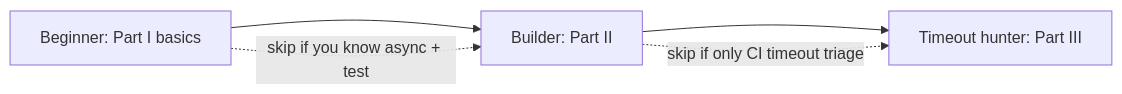
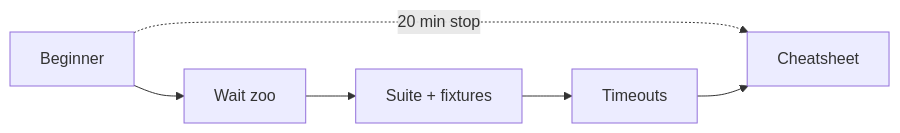
One commit to veeresh-bikkaneti/techtalkwith-veeresh changed the first of 4 diagrams in _posts/2026-07-10-playwright-typescript-beginner-to-timeouts.md. Above: the diagram before and after it, drawn with Mermaid. The commit also changed other lines of this file and 3 other files, not shown here.

First line of the commit message:
Expand Playwright TS guide: TOC, wait zoo, suite story, cheatsheet

````diff
--- a/_posts/2026-07-10-playwright-typescript-beginner-to-timeouts.md
+++ b/_posts/2026-07-10-playwright-typescript-beginner-to-timeouts.md
@@ -29,7 +54,8 @@
 ```mermaid
 flowchart LR
-  B[Beginner: Part I basics] --> M[Builder: Part II]
-  M --> A[Timeout hunter: Part III]
-  B -.->|skip if you know async + test| M
-  M -.->|skip if only CI timeout triage| A
+  B[Beginner] --> W[Wait zoo]
+  W --> S[Suite + fixtures]
+  S --> T[Timeouts]
+  B -.->|20 min stop| C[Cheatsheet]
+  T --> C
 ```
````
